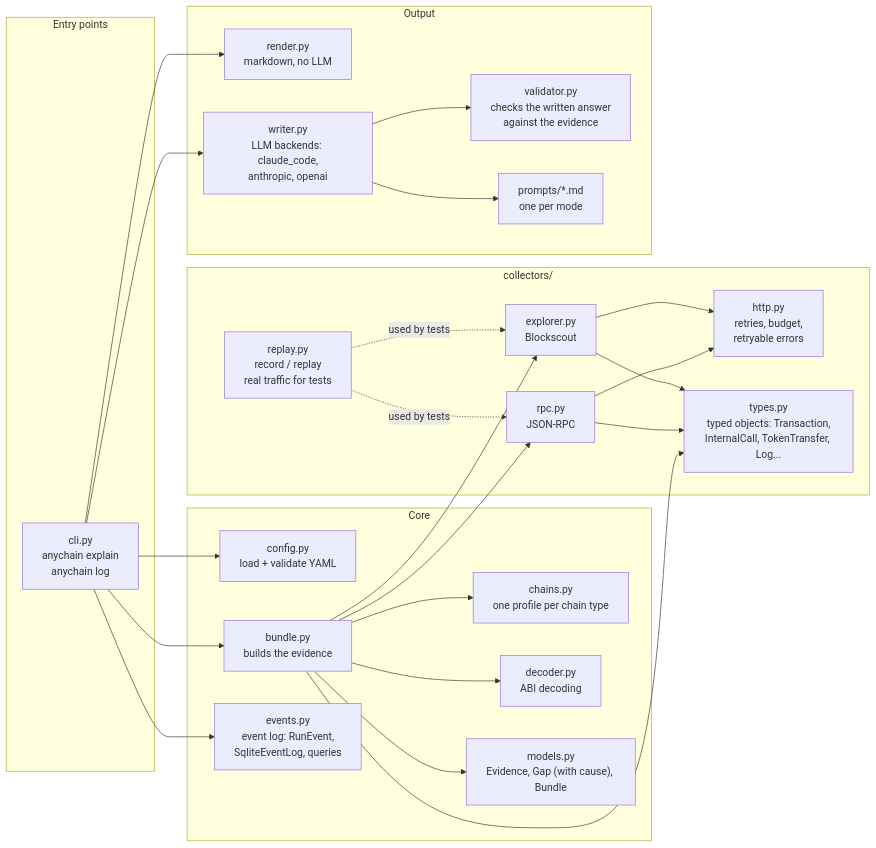
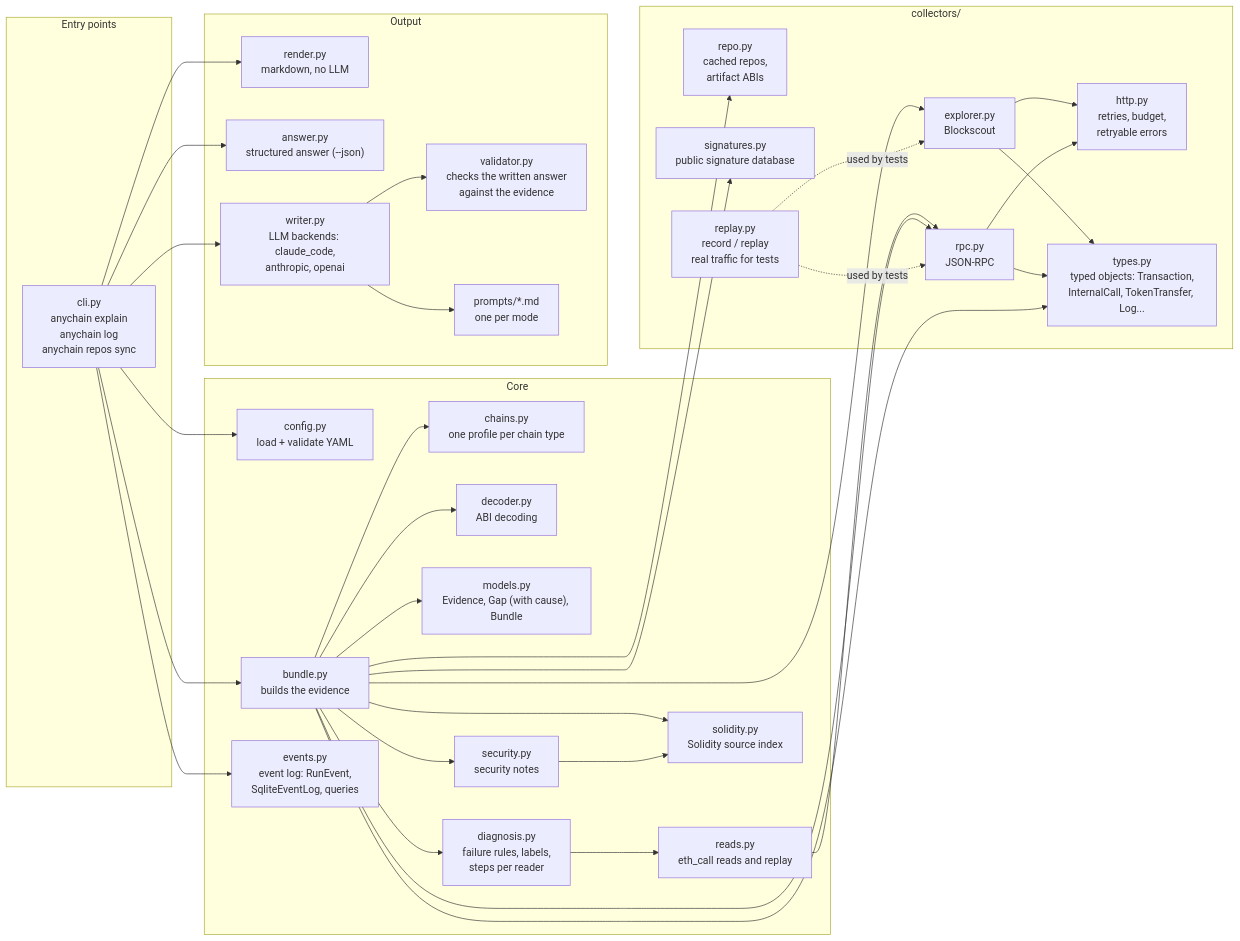
One commit to Ebaoj/anychain changed the third of 5 diagrams in docs/ARCHITECTURE.md. Above: the diagram before and after it, drawn with Mermaid. The commit also changed other lines of this file and 3 other files, not shown here.

Commit message:
PHASE2_5 T7: architecture docs, Phase 3 spec built on Phase 2.5, spec closed

````diff
--- a/docs/ARCHITECTURE.md
+++ b/docs/ARCHITECTURE.md
@@ -122,50 +128,66 @@
 ```mermaid
 flowchart LR
     subgraph entry["Entry points"]
-        cli["cli.py<br/>anychain explain<br/>anychain log"]
+        cli["cli.py<br/>anychain explain<br/>anychain log<br/>anychain repos sync"]
     end
 
     subgraph core["Core"]
         config["config.py<br/>load + validate YAML"]
         chains["chains.py<br/>one profile per chain type"]
         bundle["bundle.py<br/>builds the evidence"]
         decoder["decoder.py<br/>ABI decoding"]
         models["models.py<br/>Evidence, Gap (with cause), Bundle"]
         events["events.py<br/>event log: RunEvent,<br/>SqliteEventLog, queries"]
+        diagnosis["diagnosis.py<br/>failure rules, labels,<br/>steps per reader"]
+        reads["reads.py<br/>eth_call reads and replay"]
+        solidity["solidity.py<br/>Solidity source index"]
+        security["security.py<br/>security notes"]
     end
 
     subgraph collectors["collectors/"]
         http["http.py<br/>retries, budget,<br/>retryable errors"]
         types["types.py<br/>typed objects: Transaction,<br/>InternalCall, TokenTransfer, Log..."]
         explorer["explorer.py<br/>Blockscout"]
         rpc["rpc.py<br/>JSON-RPC"]
+        repo["repo.py<br/>cached repos,<br/>artifact ABIs"]
+        signatures["signatures.py<br/>public signature database"]
         replay["replay.py<br/>record / replay<br/>real traffic for tests"]
     end
 
     subgraph output["Output"]
         render["render.py<br/>markdown, no LLM"]
+        answer["answer.py<br/>structured answer (--json)"]
         writer["writer.py<br/>LLM backends: claude_code,<br/>anthropic, openai"]
         validator["validator.py<br/>checks the written answer<br/>against the evidence"]
         prompts["prompts/*.md<br/>one per mode"]
     end
 
     cli --> config
     cli --> bundle
     cli --> render
     cli --> writer
     cli --> events
+    cli --> answer
+    bundle --> diagnosis
+    bundle --> solidity
+    bundle --> security
+    bundle --> repo
+    bundle --> signatures
+    diagnosis --> reads
+    reads --> rpc
+    security --> solidity
     bundle --> explorer
     bundle --> rpc
     bundle --> decoder
     bundle --> models
     bundle --> chains
     explorer --> http
     rpc --> http
     explorer --> types
     rpc --> types
     bundle --> types
     writer --> prompts
     writer --> validator
     replay -.used by tests.-> explorer
     replay -.used by tests.-> rpc
 ```
````
